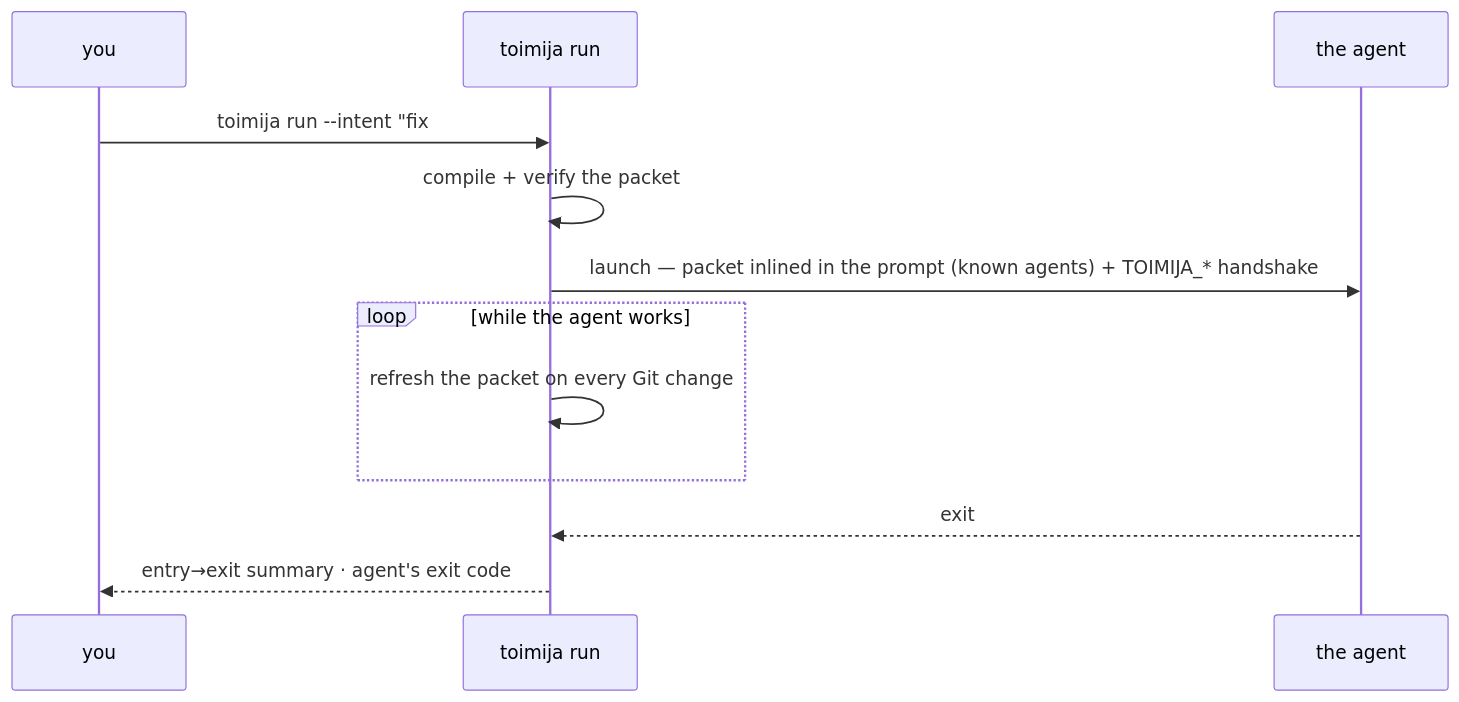
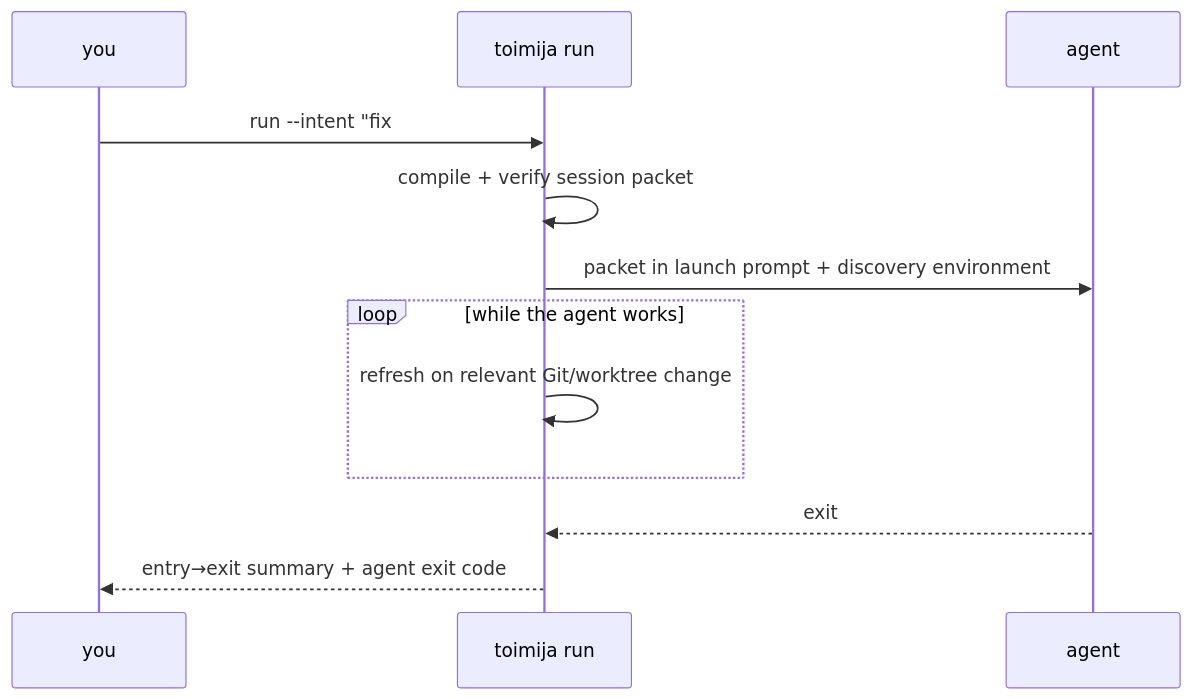
Before and after one commit to false-systems/toimija: the second of 2 diagrams in README.md, drawn with Mermaid. The commit also changed other lines of this file, not shown here.

````diff
--- a/README.md
+++ b/README.md
@@ -38,15 +128,15 @@
 ```mermaid
 sequenceDiagram
     participant Y as you
     participant T as toimija run
-    participant A as the agent
+    participant A as agent
 
-    Y->>T: toimija run --intent "fix #51" -- codex
-    T->>T: compile + verify the packet
-    T->>A: launch — packet inlined in the prompt (known agents) + TOIMIJA_* handshake
+    Y->>T: run --intent "fix #51" -- codex
+    T->>T: compile + verify session packet
+    T->>A: packet in launch prompt + discovery environment
     loop while the agent works
-        T->>T: refresh the packet on every Git change
+        T->>T: refresh on relevant Git/worktree change
     end
     A-->>T: exit
-    T-->>Y: entry→exit summary · agent's exit code
+    T-->>Y: entry→exit summary + agent exit code
 ```
````
